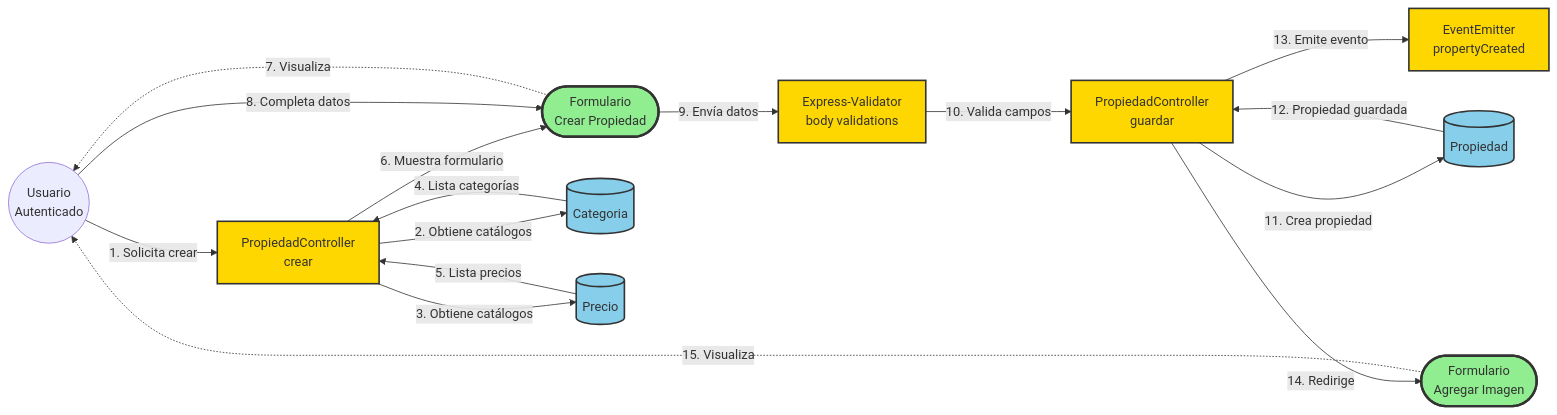
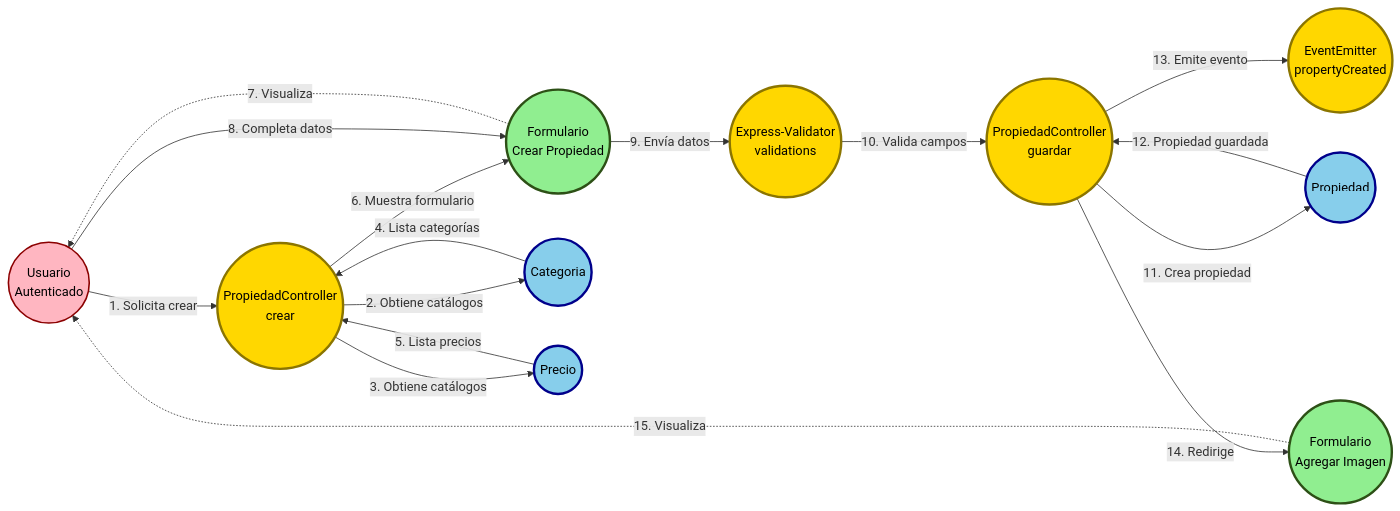
One commit to cgala/TFI_HybridParking changed the third of 8 diagrams in diagrama-robustez.md. Above: the diagram before and after it, drawn with Mermaid. The commit also changed other lines of this file and 1 other file, not shown here.

First line of the commit message:
Refactor: Diagramas de robustez con elementos redondos y diseño horizontal

````diff
--- a/diagrama-robustez.md
+++ b/diagrama-robustez.md
@@ -119,43 +123,45 @@
 ```mermaid
 graph LR
     Actor((Usuario<br/>Autenticado))
 
-    %% Boundaries
-    FormCrear([Formulario<br/>Crear Propiedad])
-    FormImagen([Formulario<br/>Agregar Imagen])
+    %% Boundaries - Círculos verdes
+    FormCrear((Formulario<br/>Crear Propiedad))
+    FormImagen((Formulario<br/>Agregar Imagen))
 
-    %% Controls
-    CrearCtrl[PropiedadController<br/>crear]
-    GuardarCtrl[PropiedadController<br/>guardar]
-    ValidarCtrl[Express-Validator<br/>body validations]
-    EventCtrl[EventEmitter<br/>propertyCreated]
+    %% Controls - Círculos amarillos
+    CrearCtrl((PropiedadController<br/>crear))
+    GuardarCtrl((PropiedadController<br/>guardar))
+    ValidarCtrl((Express-Validator<br/>validations))
+    EventCtrl((EventEmitter<br/>propertyCreated))
 
-    %% Entities
-    PropiedadEnt[(Propiedad)]
-    CategoriaEnt[(Categoria)]
-    PrecioEnt[(Precio)]
+    %% Entities - Círculos azules
+    PropiedadEnt((Propiedad))
+    CategoriaEnt((Categoria))
+    PrecioEnt((Precio))
 
     Actor -->|1. Solicita crear| CrearCtrl
     CrearCtrl -->|2. Obtiene catálogos| CategoriaEnt
     CrearCtrl -->|3. Obtiene catálogos| PrecioEnt
     CategoriaEnt -->|4. Lista categorías| CrearCtrl
     PrecioEnt -->|5. Lista precios| CrearCtrl
     CrearCtrl -->|6. Muestra formulario| FormCrear
     FormCrear -.->|7. Visualiza| Actor
     Actor -->|8. Completa datos| FormCrear
     FormCrear -->|9. Envía datos| ValidarCtrl
     ValidarCtrl -->|10. Valida campos| GuardarCtrl
     GuardarCtrl -->|11. Crea propiedad| PropiedadEnt
     PropiedadEnt -->|12. Propiedad guardada| GuardarCtrl
     GuardarCtrl -->|13. Emite evento| EventCtrl
     GuardarCtrl -->|14. Redirige| FormImagen
     FormImagen -.->|15. Visualiza| Actor
 
-    classDef boundary fill:#90EE90,stroke:#333,stroke-width:3px
-    classDef control fill:#FFD700,stroke:#333,stroke-width:2px
-    classDef entity fill:#87CEEB,stroke:#333,stroke-width:2px
+    classDef boundary fill:#90EE90,stroke:#2d5016,stroke-width:3px,color:#000
+    classDef control fill:#FFD700,stroke:#8B7500,stroke-width:3px,color:#000
+    classDef entity fill:#87CEEB,stroke:#00008B,stroke-width:3px,color:#000
+    classDef actor fill:#FFB6C1,stroke:#8B0000,stroke-width:2px,color:#000
 
     class FormCrear,FormImagen boundary
     class CrearCtrl,GuardarCtrl,ValidarCtrl,EventCtrl control
     class PropiedadEnt,CategoriaEnt,PrecioEnt entity
+    class Actor actor
 ```
````
